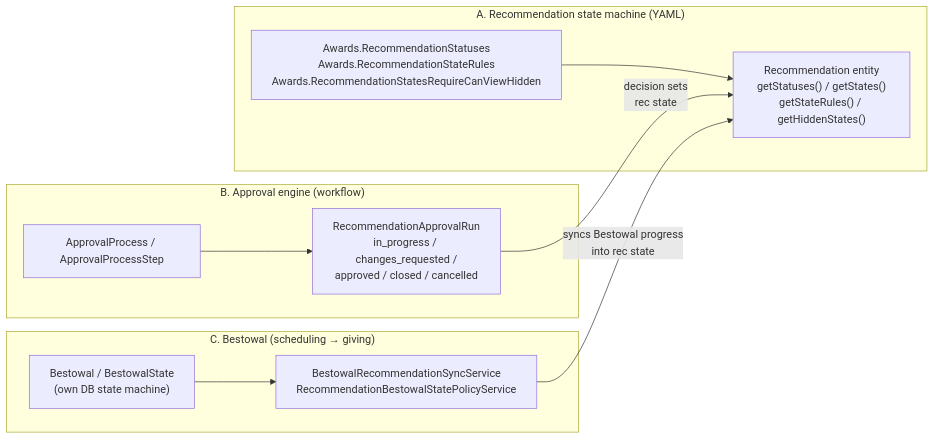
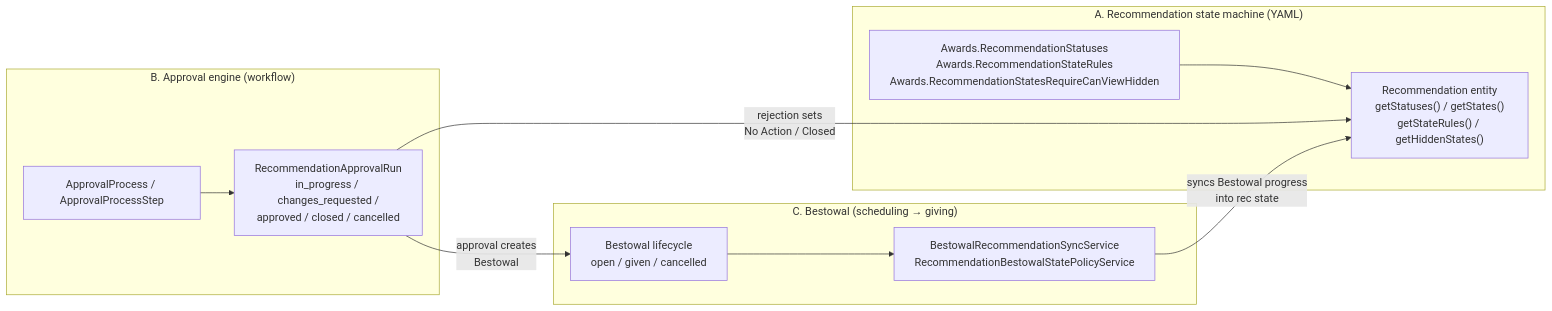
One commit to Ansteorra/KMP changed the first of 3 diagrams in app/docs/awards-recommendation-approvals-redesign.md. Above: the diagram before and after it, drawn with Mermaid. The commit also changed other lines of this file and 20 other files, not shown here.

````diff
--- a/app/docs/awards-recommendation-approvals-redesign.md
+++ b/app/docs/awards-recommendation-approvals-redesign.md
@@ -35,23 +35,24 @@
 ```mermaid
 flowchart LR
     subgraph A["A. Recommendation state machine (YAML)"]
         A1["Awards.RecommendationStatuses<br/>Awards.RecommendationStateRules<br/>Awards.RecommendationStatesRequireCanViewHidden"]
         A2["Recommendation entity<br/>getStatuses() / getStates()<br/>getStateRules() / getHiddenStates()"]
         A1 --> A2
     end
 
     subgraph B["B. Approval engine (workflow)"]
         B1["ApprovalProcess / ApprovalProcessStep"]
         B2["RecommendationApprovalRun<br/>in_progress / changes_requested /<br/>approved / closed / cancelled"]
         B1 --> B2
     end
 
     subgraph C["C. Bestowal (scheduling → giving)"]
-        C1["Bestowal / BestowalState<br/>(own DB state machine)"]
+        C1["Bestowal lifecycle<br/>open / given / cancelled"]
         C2["BestowalRecommendationSyncService<br/>RecommendationBestowalStatePolicyService"]
         C1 --> C2
     end
 
-    B2 -- "decision sets<br/>rec state" --> A2
+    B2 -- "rejection sets<br/>No Action / Closed" --> A2
+    B2 -- "approval creates<br/>Bestowal" --> C1
     C2 -- "syncs Bestowal progress<br/>into rec state" --> A2
 ```
````
